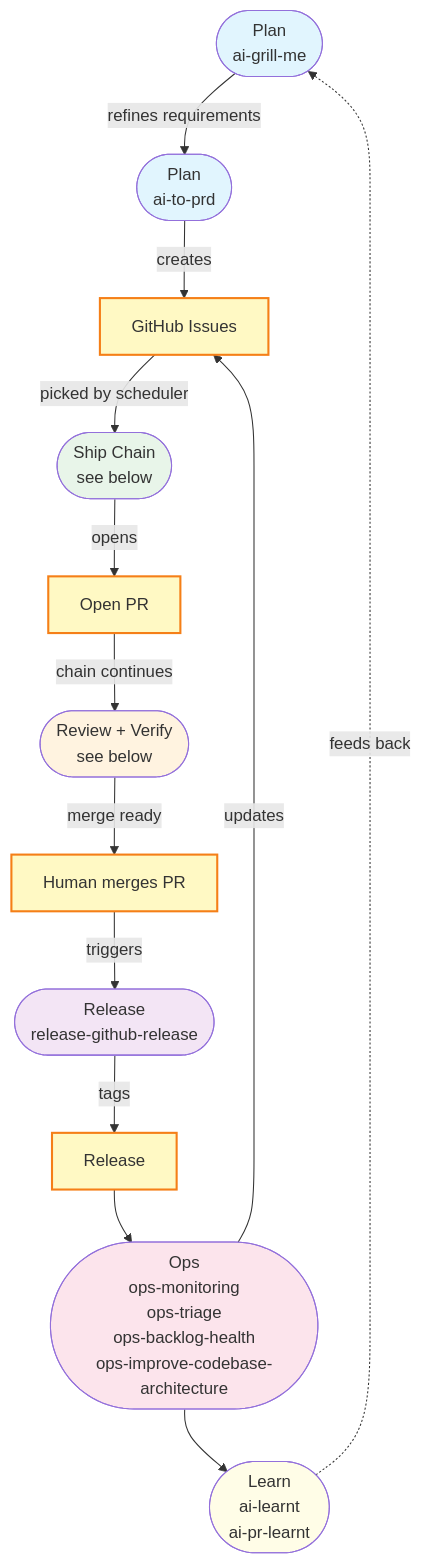
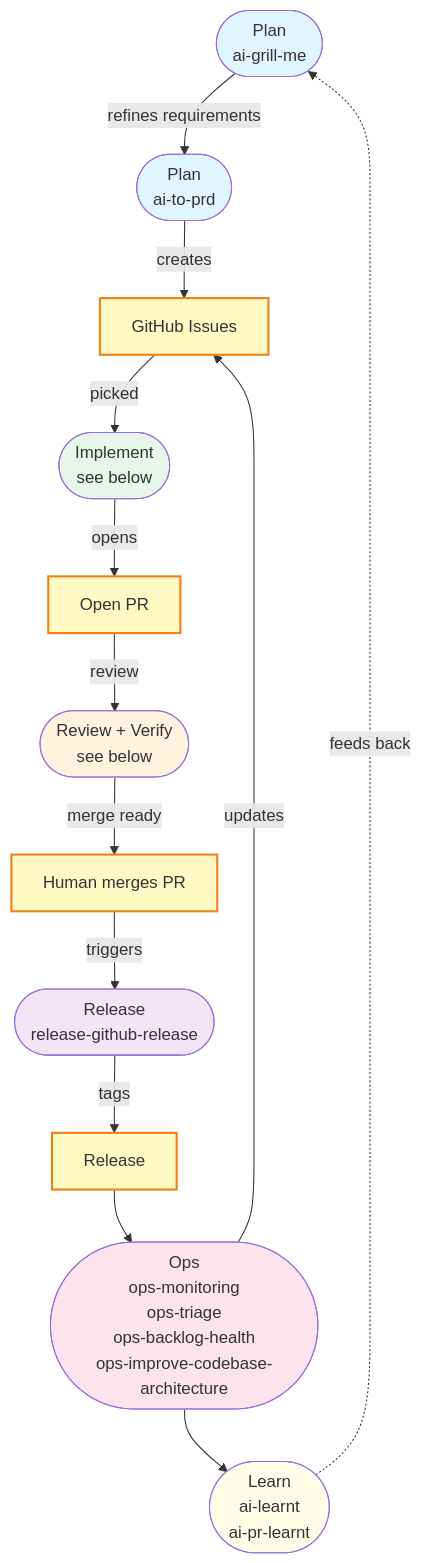
Before and after one commit to paulund/ai: the first of 3 diagrams in docs/development-workflow.md, drawn with Mermaid. The commit also changed other lines of this file and 2 other files, not shown here.

````diff
--- a/docs/development-workflow.md
+++ b/docs/development-workflow.md
@@ -84,27 +84,27 @@
 ```mermaid
 flowchart TD
     A([Plan<br/>ai-grill-me]) -->|refines requirements| B([Plan<br/>ai-to-prd])
     B -->|creates| C[GitHub Issues]
-    C -->|picked by scheduler| D([Ship Chain<br/>see below])
+    C -->|picked| D([Implement<br/>see below])
     D -->|opens| E[Open PR]
-    E -->|chain continues| F([Review + Verify<br/>see below])
+    E -->|review| F([Review + Verify<br/>see below])
     F -->|merge ready| G[Human merges PR]
     G -->|triggers| H([Release<br/>release-github-release])
     H -->|tags| I[Release]
     I --> J([Ops<br/>ops-monitoring<br/>ops-triage<br/>ops-backlog-health<br/>ops-improve-codebase-architecture])
     J -->|updates| C
     J --> K([Learn<br/>ai-learnt<br/>ai-pr-learnt])
     K -.->|feeds back| A
 
     style A fill:#e1f5fe
     style B fill:#e1f5fe
     style C fill:#fff9c4,stroke:#f57f17,stroke-width:2px
     style D fill:#e8f5e9
     style E fill:#fff9c4,stroke:#f57f17,stroke-width:2px
     style F fill:#fff3e0
     style G fill:#fff9c4,stroke:#f57f17,stroke-width:2px
     style H fill:#f3e5f5
     style I fill:#fff9c4,stroke:#f57f17,stroke-width:2px
     style J fill:#fce4ec
     style K fill:#fffde7
 ```
````
